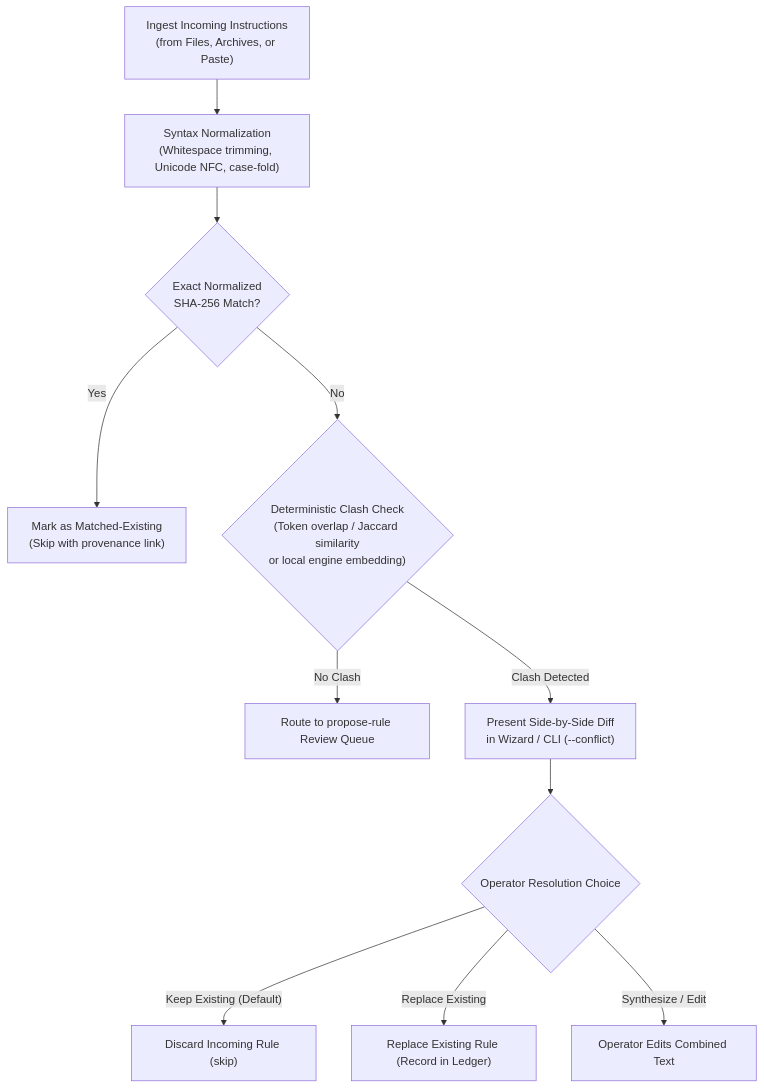
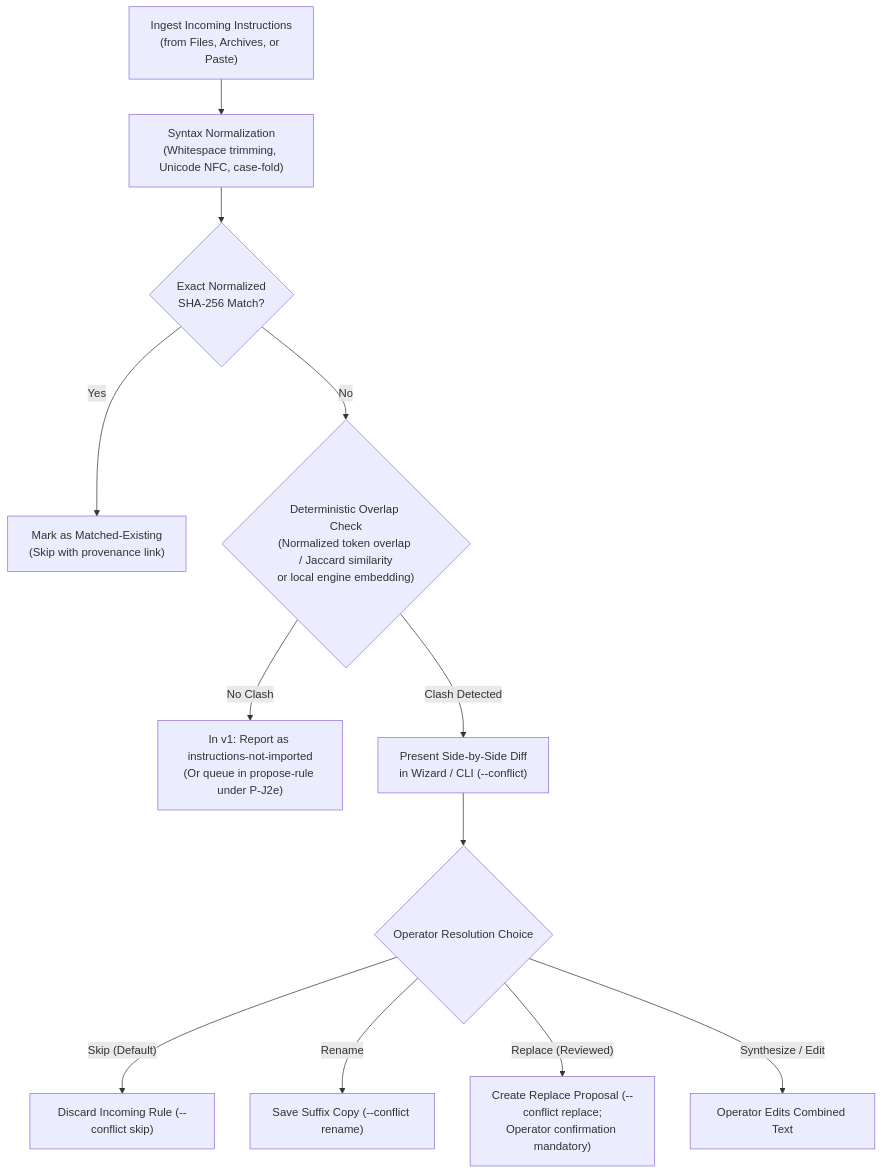
The first of 3 diagrams in docs/superpowers/specs/2026-10-27-profile-import-and-plugin-compat-design.md (Cyb3rb1ade/PLUR1BUS-Harness), drawn with Mermaid before and after one commit. The commit also changed other lines of this file and 4 other files, not shown here.

````diff
--- a/docs/superpowers/specs/2026-10-27-profile-import-and-plugin-compat-design.md
+++ b/docs/superpowers/specs/2026-10-27-profile-import-and-plugin-compat-design.md
@@ -61,13 +61,14 @@
 ```mermaid
 flowchart TD
     Scan["Ingest Incoming Instructions\n(from Files, Archives, or Paste)"] --> Normalize["Syntax Normalization\n(Whitespace trimming, Unicode NFC, case-fold)"]
     Normalize --> HashCheck{"Exact Normalized\nSHA-256 Match?"}
     HashCheck -- "Yes" --> Dedup["Mark as Matched-Existing\n(Skip with provenance link)"]
-    HashCheck -- "No" --> ClashDetect{"Deterministic Clash Check\n(Token overlap / Jaccard similarity\nor local engine embedding)"}
-    ClashDetect -- "No Clash" --> AutoMerge["Route to propose-rule Review Queue"]
+    HashCheck -- "No" --> ClashDetect{"Deterministic Overlap Check\n(Normalized token overlap / Jaccard similarity\nor local engine embedding)"}
+    ClashDetect -- "No Clash" --> AutoMerge["In v1: Report as instructions-not-imported\n(Or queue in propose-rule under P-J2e)"]
     ClashDetect -- "Clash Detected" --> UserDiff["Present Side-by-Side Diff\nin Wizard / CLI (--conflict)"]
     UserDiff --> Choice{"Operator Resolution Choice"}
-    Choice -- "Keep Existing (Default)" --> Discard["Discard Incoming Rule (skip)"]
-    Choice -- "Replace Existing" --> Overwrite["Replace Existing Rule (Record in Ledger)"]
+    Choice -- "Skip (Default)" --> Discard["Discard Incoming Rule (--conflict skip)"]
+    Choice -- "Rename" --> Rename["Save Suffix Copy (--conflict rename)"]
+    Choice -- "Replace (Reviewed)" --> ReplaceProposal["Create Replace Proposal (--conflict replace;\nOperator confirmation mandatory)"]
     Choice -- "Synthesize / Edit" --> Synthesize["Operator Edits Combined Text"]
 ```
````
